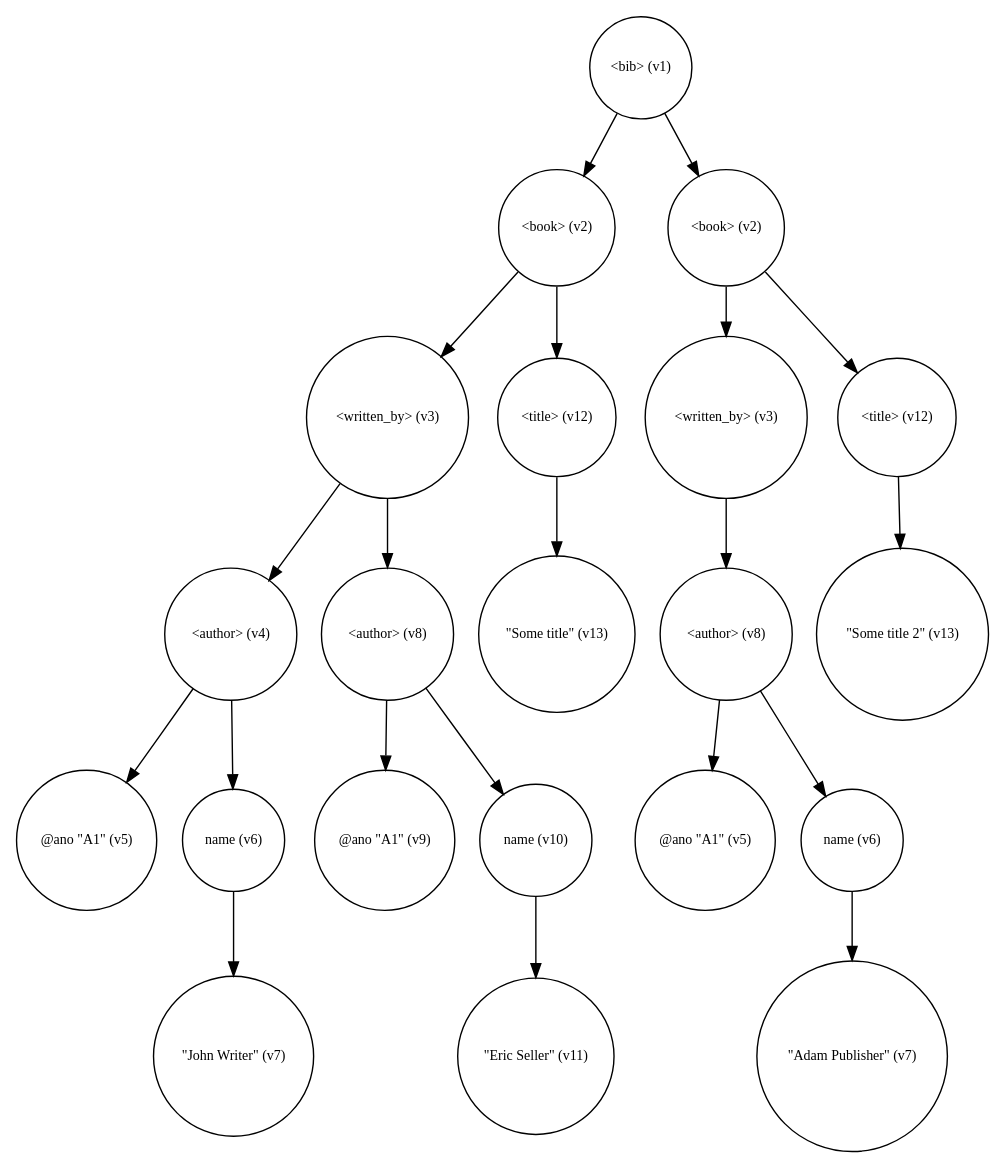
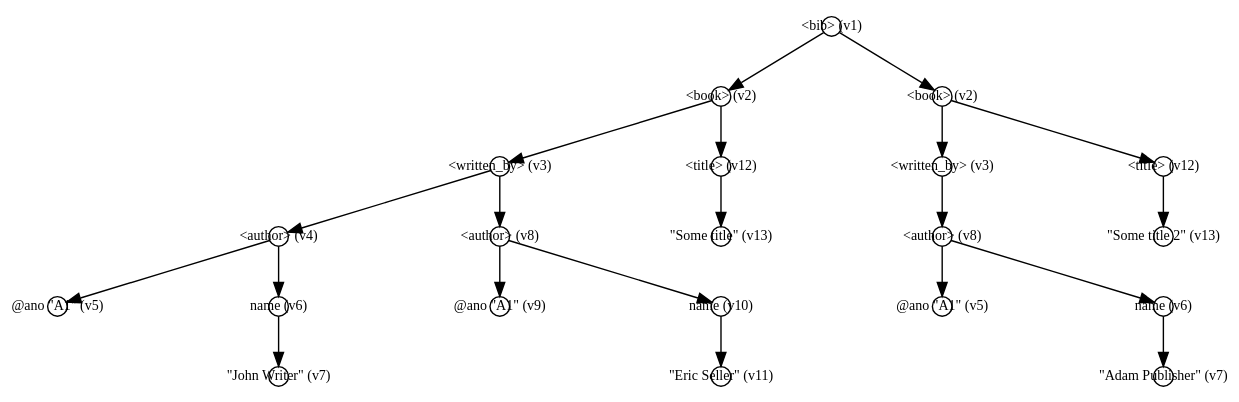
Before and after one commit to otmarjr/jInfer-fork: the diagram in doc/theses/svirec/example1.gv, drawn with Graphviz. The commit also changed 3 other files, not shown here.

```diff
--- a/doc/theses/svirec/example1.gv
+++ b/doc/theses/svirec/example1.gv
@@ -1,74 +1,75 @@
 digraph xml_tree_example {
 	rankdir = TB;
-	node [shape = circle, fontname = "TeXGyrePagella-Regular", fontsize = 10];
+    nodesep = 2;
+	node [shape = circle, fixedsize = true, width = 0.2, fontname = "TeXGyrePagella-Regular", fontsize = 10];
 	edge [fontname = "TeXGyrePagella-Regular", fontsize = 10];
 
 {
 	Root[label = "<bib> (v1)"];
 }
 
 {
 	rank = same;
 	book1[label = "<book> (v2)"];
 	book2[label = "<book> (v2)"];
 }
 
 	Root -> book1;
 	Root -> book2;
 {
     rank = same;
 	writtenby1[label = "<written_by> (v3)"];
 	writtenby2[label = "<written_by> (v3)"];
     title1[label = "<title> (v12)"];
     title2[label = "<title> (v12)"];
 
 }
     book1 -> writtenby1;
     book1 -> title1;
 
     book2 -> writtenby2;
     book2 -> title2;
 
 {
     rank = same;
 	author1[label = "<author> (v4)"];
     author2[label = "<author> (v8)"];
     titleValue1[label = "\"Some title\" (v13)"];
     author3[label = "<author> (v8)"];
     titleValue2[label = "\"Some title 2\" (v13)"];
 
 }
     writtenby1 -> author1;
     writtenby1 -> author2;
     title1 -> titleValue1;
 
     writtenby2 -> author3;
     title2 -> titleValue2;
 
 {
     rank = same;
     ano1[label = "@ano \"A1\" (v5)"];
     name1[label = "name (v6)"];
     ano2[label = "@ano \"A1\" (v9)"];
     name2[label = "name (v10)"];
     ano3[label = "@ano \"A1\" (v5)"];
     name3[label = "name (v6)"];
 
 }
     author1 -> ano1;
     author1 -> name1;
     author2 -> ano2;
     author2 -> name2;
     author3 -> ano3;
     author3 -> name3;
 
     nameValue1[label = "\"John Writer\" (v7)"];
     nameValue2[label = "\"Eric Seller\" (v11)"];
     nameValue3[label = "\"Adam Publisher\" (v7)"];
 
     name1 -> nameValue1;
     name2 -> nameValue2;
     name3 -> nameValue3;
 
 
 }
```
